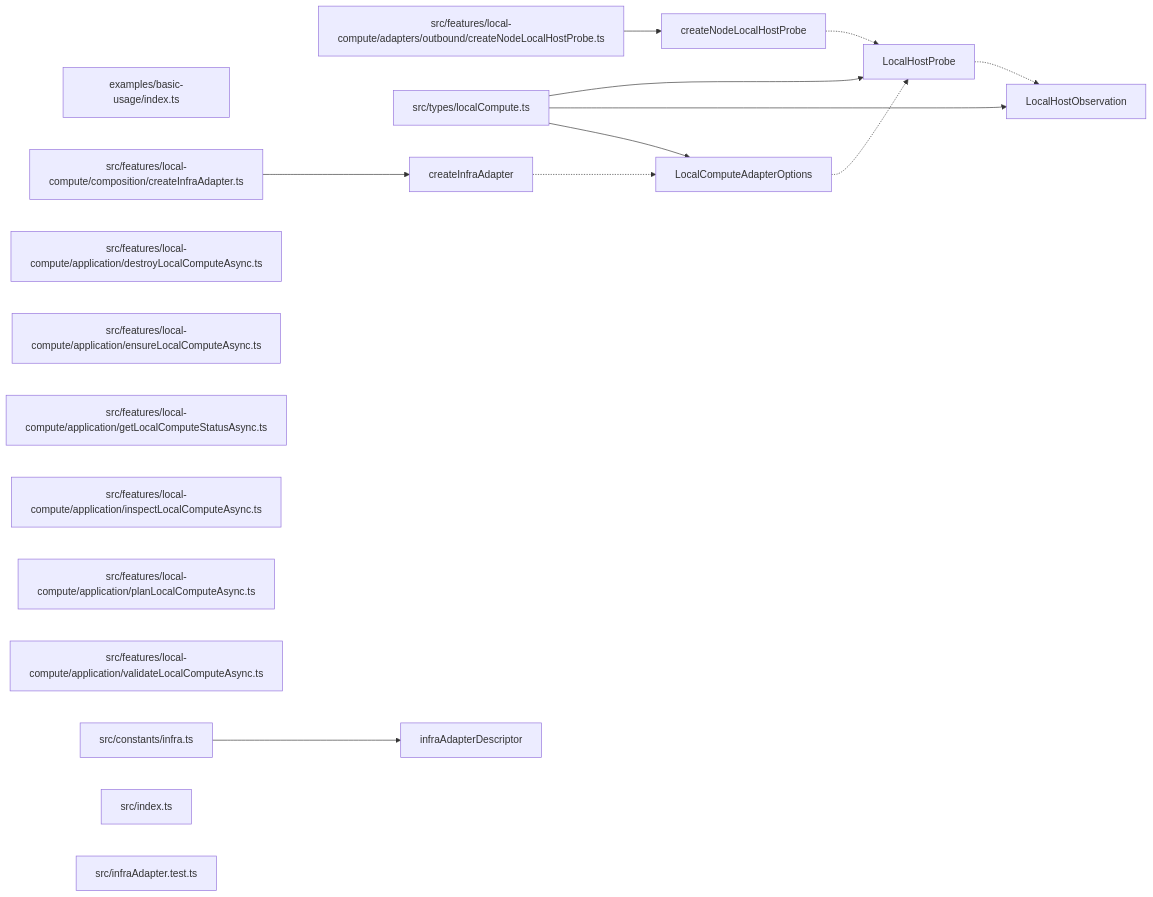
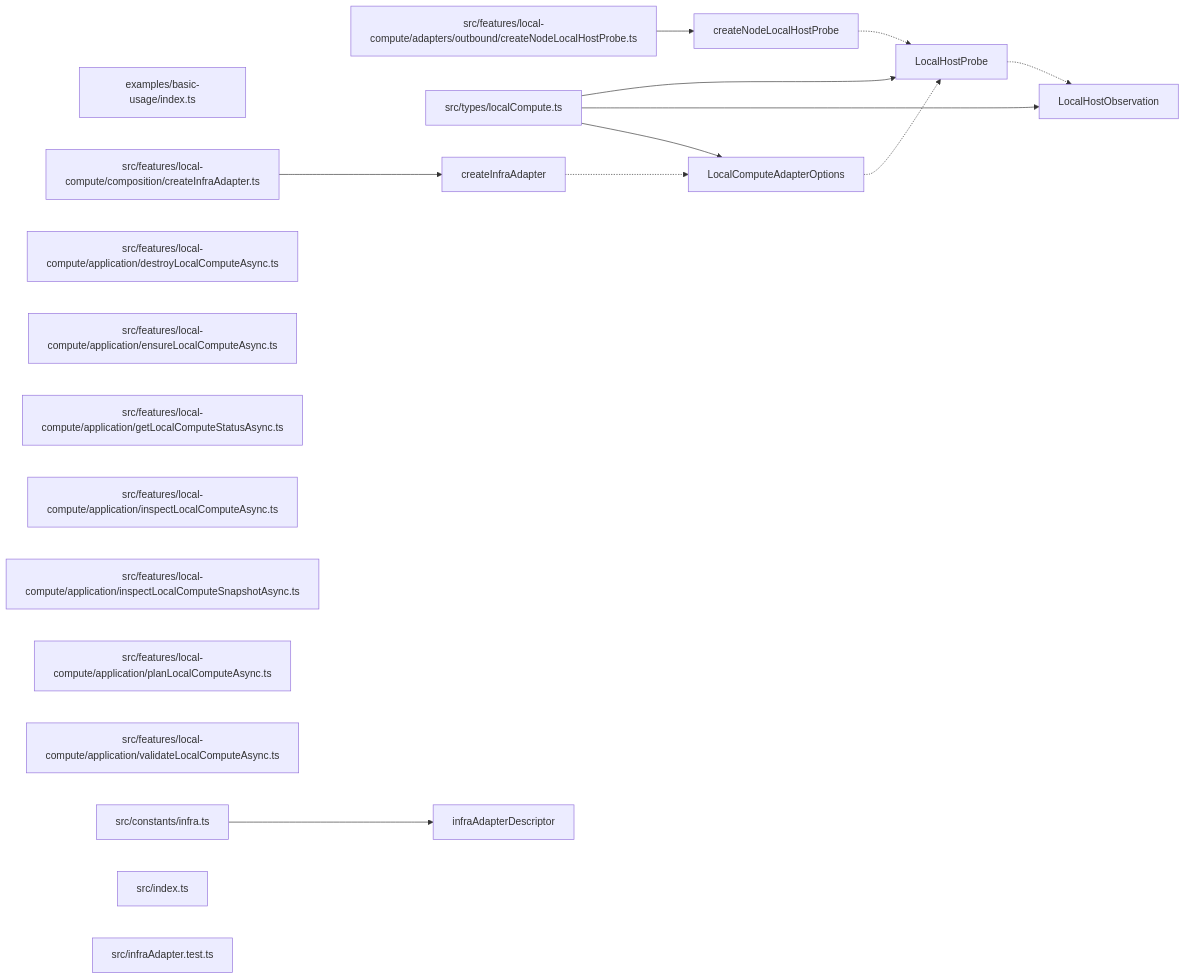
The diagram in paradox/diagrams/export-graph.mmd (ankhorage/local), drawn with Mermaid before and after one commit. The commit also changed 15 other files, not shown here.

```diff
--- a/paradox/diagrams/export-graph.mmd
+++ b/paradox/diagrams/export-graph.mmd
@@ -1,30 +1,31 @@
 graph LR
   module_examples_basic_usage_index_ts["examples/basic-usage/index.ts"]
   module_src_constants_infra_ts["src/constants/infra.ts"]
   module_src_features_local_compute_adapters_outbound_createNodeLocalHostProbe_ts["src/features/local-compute/adapters/outbound/createNodeLocalHostProbe.ts"]
   module_src_features_local_compute_application_destroyLocalComputeAsync_ts["src/features/local-compute/application/destroyLocalComputeAsync.ts"]
   module_src_features_local_compute_application_ensureLocalComputeAsync_ts["src/features/local-compute/application/ensureLocalComputeAsync.ts"]
   module_src_features_local_compute_application_getLocalComputeStatusAsync_ts["src/features/local-compute/application/getLocalComputeStatusAsync.ts"]
   module_src_features_local_compute_application_inspectLocalComputeAsync_ts["src/features/local-compute/application/inspectLocalComputeAsync.ts"]
+  module_src_features_local_compute_application_inspectLocalComputeSnapshotAsync_ts["src/features/local-compute/application/inspectLocalComputeSnapshotAsync.ts"]
   module_src_features_local_compute_application_planLocalComputeAsync_ts["src/features/local-compute/application/planLocalComputeAsync.ts"]
   module_src_features_local_compute_application_validateLocalComputeAsync_ts["src/features/local-compute/application/validateLocalComputeAsync.ts"]
   module_src_features_local_compute_composition_createInfraAdapter_ts["src/features/local-compute/composition/createInfraAdapter.ts"]
   module_src_index_ts["src/index.ts"]
   module_src_infraAdapter_test_ts["src/infraAdapter.test.ts"]
   module_src_types_localCompute_ts["src/types/localCompute.ts"]
   export_createInfraAdapter["createInfraAdapter"]
   module_src_features_local_compute_composition_createInfraAdapter_ts --> export_createInfraAdapter
   export_createInfraAdapter -.-> export_LocalComputeAdapterOptions
   export_createNodeLocalHostProbe["createNodeLocalHostProbe"]
   module_src_features_local_compute_adapters_outbound_createNodeLocalHostProbe_ts --> export_createNodeLocalHostProbe
   export_createNodeLocalHostProbe -.-> export_LocalHostProbe
   export_infraAdapterDescriptor["infraAdapterDescriptor"]
   module_src_constants_infra_ts --> export_infraAdapterDescriptor
   export_LocalComputeAdapterOptions["LocalComputeAdapterOptions"]
   module_src_types_localCompute_ts --> export_LocalComputeAdapterOptions
   export_LocalComputeAdapterOptions -.-> export_LocalHostProbe
   export_LocalHostObservation["LocalHostObservation"]
   module_src_types_localCompute_ts --> export_LocalHostObservation
   export_LocalHostProbe["LocalHostProbe"]
   module_src_types_localCompute_ts --> export_LocalHostProbe
   export_LocalHostProbe -.-> export_LocalHostObservation
```
